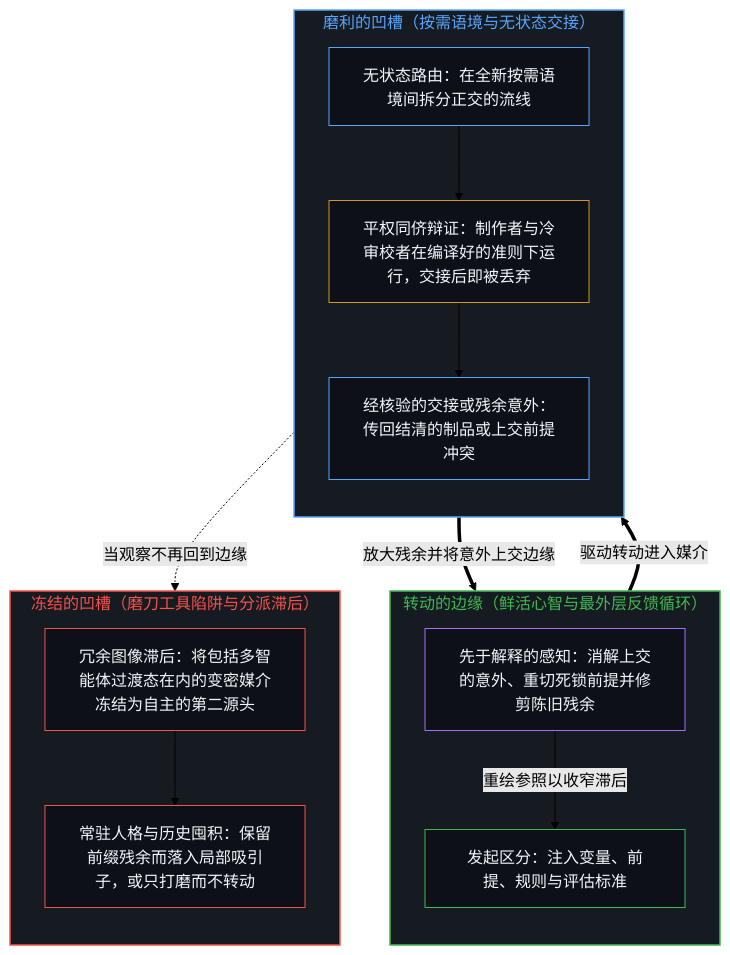
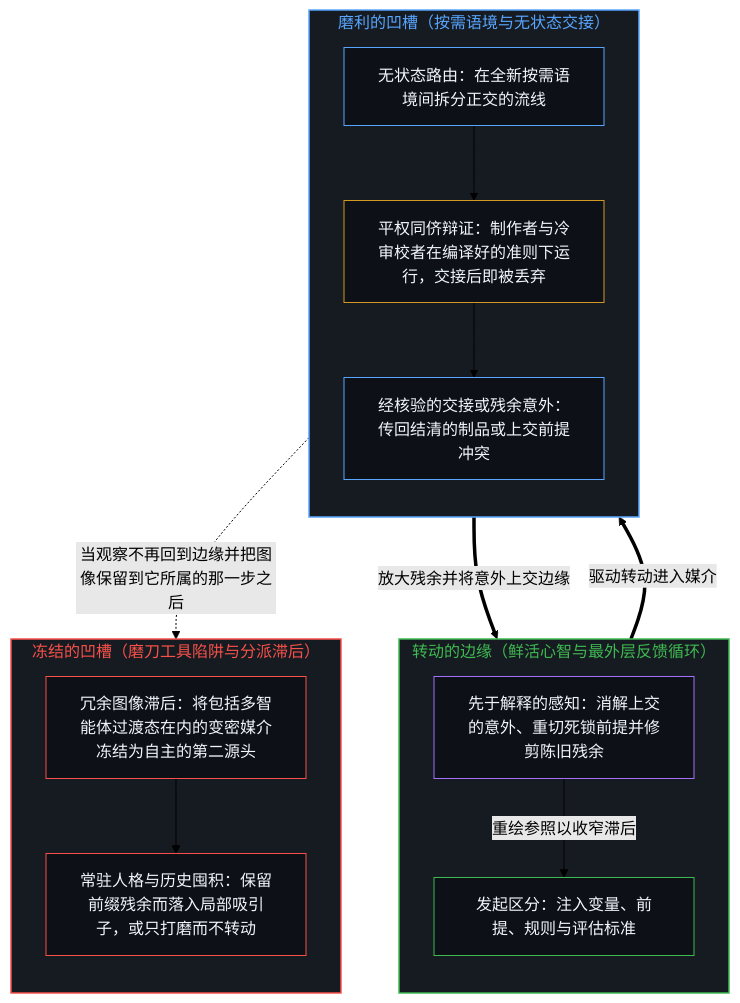
One commit to powerpig99/not-a-toe changed the first of 2 diagrams in content/posts/the-flywheel-of-the-mind.md. Above: the diagram before and after it, drawn with Mermaid (forest theme). The commit also changed other lines of this file and 13 other files, not shown here.

````diff
--- a/content/posts/the-flywheel-of-the-mind.md
+++ b/content/posts/the-flywheel-of-the-mind.md
@@ -45,35 +45,35 @@
 ```mermaid
 flowchart TD
     subgraph S_Edge["转动的边缘（鲜活心智与最外层反馈循环）"]
         direction TB
         E_Init["发起区分：注入变量、前提、规则与评估标准"]
         E_Sense["先于解释的感知：消解上交的意外、重切死锁前提并修剪陈旧残余"]
         E_Sense -->|"重绘参照以收窄滞后"| E_Init
     end
     subgraph S_Groove["磨利的凹槽（按需语境与无状态交接）"]
         direction TB
         G_Route["无状态路由：在全新按需语境间拆分正交的流线"]
         G_Debate["平权同侪辩证：制作者与冷审校者在编译好的准则下运行，交接后即被丢弃"]
         G_Signal["经核验的交接或残余意外：传回结清的制品或上交前提冲突"]
         G_Route --> G_Debate --> G_Signal
     end
     subgraph S_Trap["冻结的凹槽（磨刀工具陷阱与分派滞后）"]
         direction TB
         T_Lag["冗余图像滞后：将包括多智能体过渡态在内的变密媒介冻结为自主的第二源头"]
         T_Stall["常驻人格与历史囤积：保留前缀残余而落入局部吸引子，或只打磨而不转动"]
         T_Lag --> T_Stall
     end
     E_Init ==>|"驱动转动进入媒介"| G_Route
     G_Signal ==>|"放大残余并将意外上交边缘"| E_Sense
-    G_Signal -.->|"当观察不再回到边缘"| T_Lag
+    G_Signal -.->|"当观察不再回到边缘并把图像保留到它所属的那一步之后"| T_Lag
     style S_Edge fill:#161b22,stroke:#3fb950,stroke-width:1.5px,color:#3fb950
     style S_Groove fill:#161b22,stroke:#58a6ff,stroke-width:1.5px,color:#58a6ff
     style S_Trap fill:#161b22,stroke:#f85149,stroke-width:1.5px,color:#f85149
     style E_Init fill:#0d1117,stroke:#3fb950,stroke-width:1px,color:#f0f6fc
     style E_Sense fill:#0d1117,stroke:#a371f7,stroke-width:1px,color:#f0f6fc
     style G_Route fill:#0d1117,stroke:#58a6ff,stroke-width:1px,color:#f0f6fc
     style G_Debate fill:#0d1117,stroke:#d29922,stroke-width:1px,color:#f0f6fc
     style G_Signal fill:#0d1117,stroke:#58a6ff,stroke-width:1px,color:#f0f6fc
     style T_Lag fill:#0d1117,stroke:#f85149,stroke-width:1px,color:#f0f6fc
     style T_Stall fill:#0d1117,stroke:#f85149,stroke-width:1px,color:#f0f6fc
 ```
````
